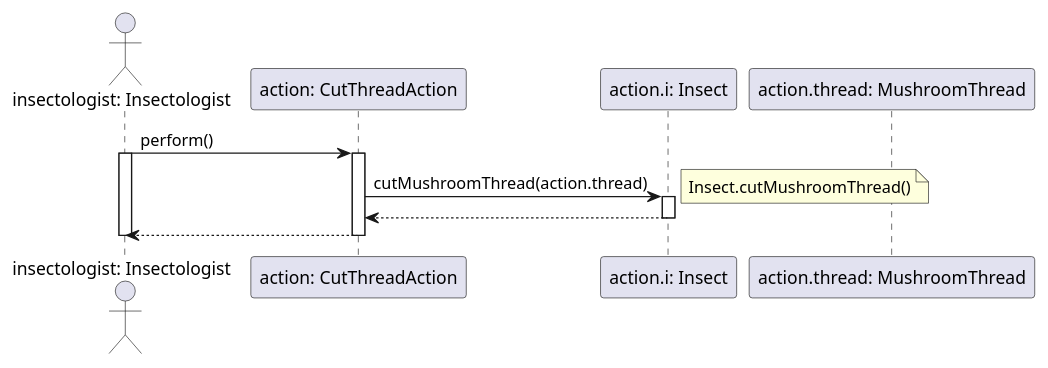
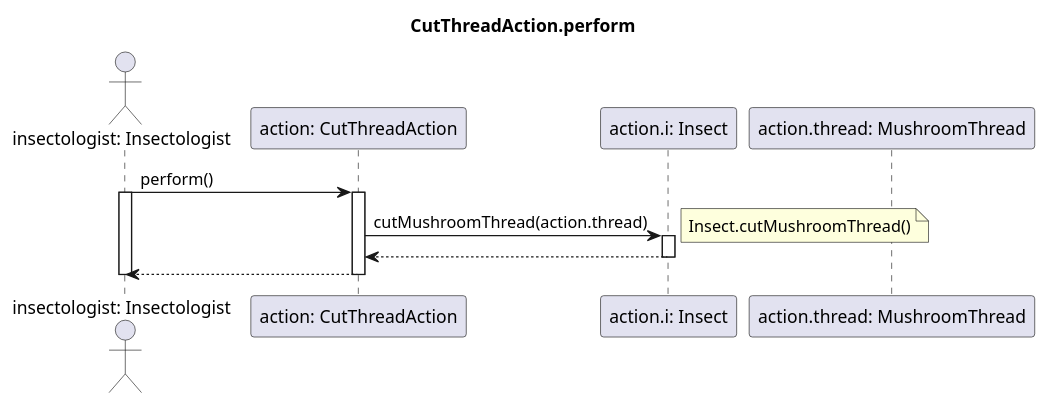
One commit to dzsem/projlab changed the diagram in diagrams/sequence/action/cutThreadAction.plantuml. Above: the diagram before and after it, drawn with PlantUML. The commit also changed 4 other files, not shown here.

```diff
--- a/diagrams/sequence/action/cutThreadAction.plantuml
+++ b/diagrams/sequence/action/cutThreadAction.plantuml
@@ -1,23 +1,24 @@
 @startuml CutThreadAction.perform
+title CutThreadAction.perform
 
 actor "insectologist: Insectologist" as insectologist
 participant "action: CutThreadAction" as mi_action
 participant "action.i: Insect" as insect
 participant "action.thread: MushroomThread"
 
 insectologist -> mi_action: perform()
 activate insectologist
 activate mi_action
 
 mi_action -> insect: cutMushroomThread(action.thread)
 activate insect
 note right: Insect.cutMushroomThread()
 
 mi_action <-- insect
 deactivate insect
 
 insectologist <-- mi_action
 deactivate mi_action
 deactivate insectologist
 
 @enduml
```
